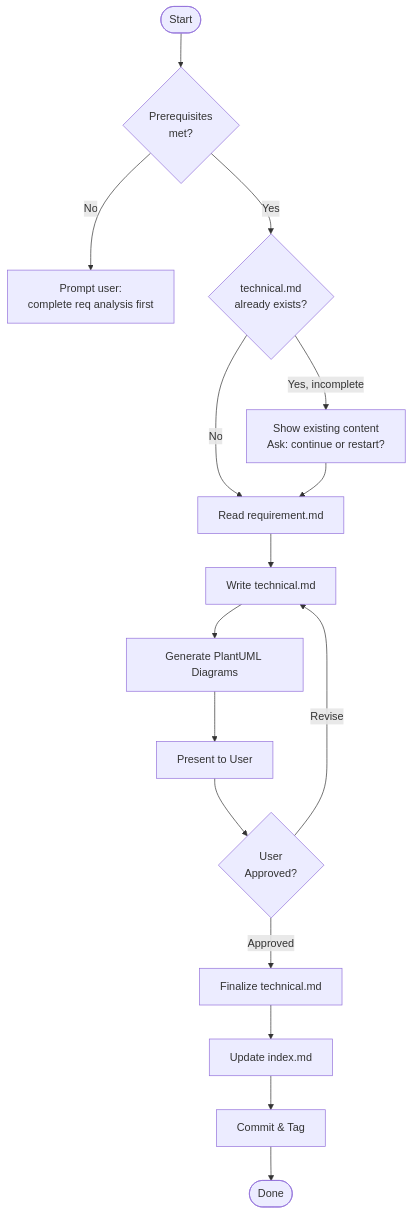
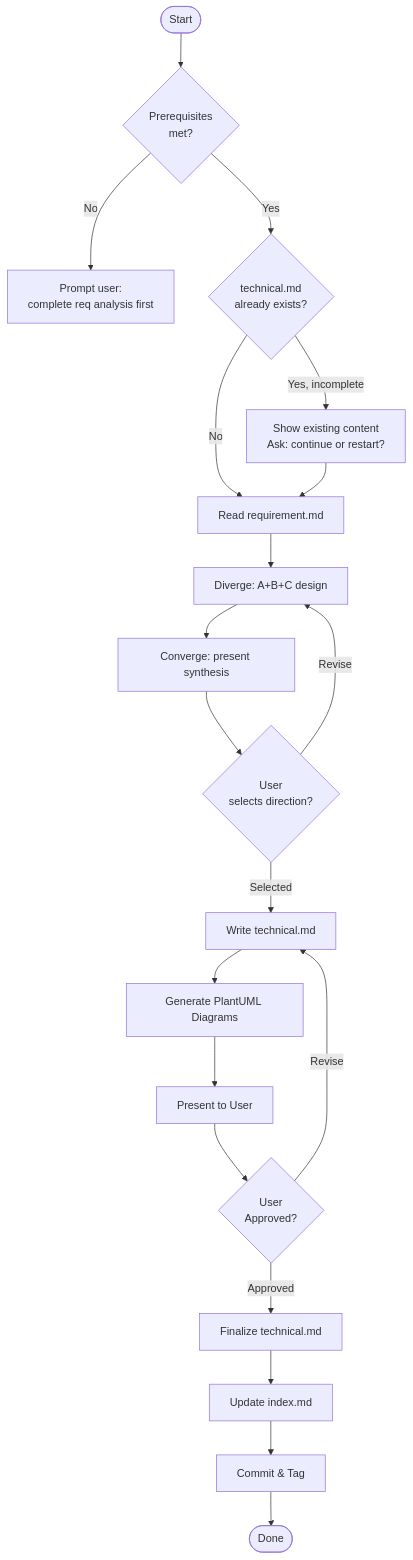
One commit to GOODDAYDAY/my-skills changed the second of 5 diagrams in req-2-tech/SKILL.md. Above: the diagram before and after it, drawn with Mermaid. The commit also changed other lines of this file and 3 other files, not shown here.

First line of the commit message:
feat(diverge-converge): introduce pattern + downstream-stage preview

````diff
--- a/req-2-tech/SKILL.md
+++ b/req-2-tech/SKILL.md
@@ -24,18 +26,22 @@
 ```mermaid
 flowchart TD
     A([Start]) --> B{Prerequisites\nmet?}
     B -->|No| C[Prompt user:\ncomplete req analysis first]
     B -->|Yes| D{technical.md\nalready exists?}
     D -->|Yes, incomplete| E[Show existing content\nAsk: continue or restart?]
     D -->|No| F[Read requirement.md]
     E --> F
-    F --> G[Write technical.md]
-    G --> H[Generate PlantUML Diagrams]
-    H --> I[Present to User]
-    I --> J{User\nApproved?}
-    J -->|Revise| G
-    J -->|Approved| K[Finalize technical.md]
-    K --> L[Update index.md]
-    L --> M[Commit & Tag]
-    M --> E2([Done])
+    F --> G[Diverge: A+B+C design]
+    G --> H[Converge: present synthesis]
+    H --> I{User\nselects direction?}
+    I -->|Revise| G
+    I -->|Selected| J[Write technical.md]
+    J --> K[Generate PlantUML Diagrams]
+    K --> L[Present to User]
+    L --> M{User\nApproved?}
+    M -->|Revise| J
+    M -->|Approved| N[Finalize technical.md]
+    N --> O[Update index.md]
+    O --> P[Commit & Tag]
+    P --> E2([Done])
 ```
````
